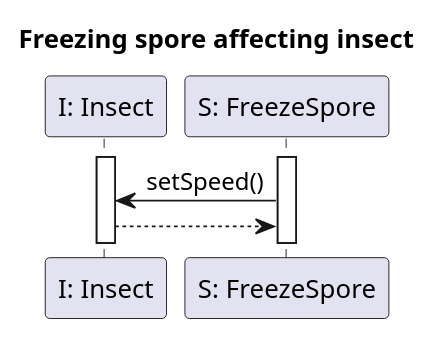
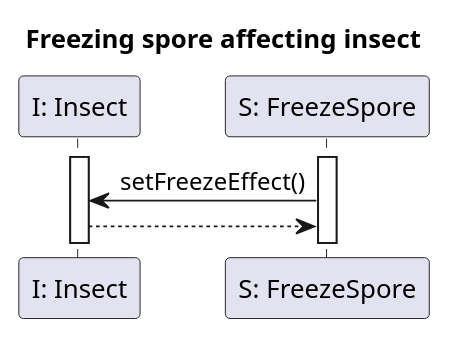
The diagram in diagrams/diagramFiles/SQ_SporeAffectsInsectWithFreeze.puml (Klastiv/Projlab_nullpointerexception), drawn with PlantUML before and after one commit. The commit also changed 4 other files, not shown here.

```diff
--- a/diagrams/diagramFiles/SQ_SporeAffectsInsectWithFreeze.puml
+++ b/diagrams/diagramFiles/SQ_SporeAffectsInsectWithFreeze.puml
@@ -1,14 +1,14 @@
 @startuml InsectSpeedUp
 
 title Freezing spore affecting insect
 
 participant "I: Insect" as I
 participant "S: FreezeSpore" as Sp
 
 activate I
 activate Sp
 
-Sp -> I : setSpeed()
+Sp -> I : setFreezeEffect()
 I --> Sp
 
 @enduml
```
